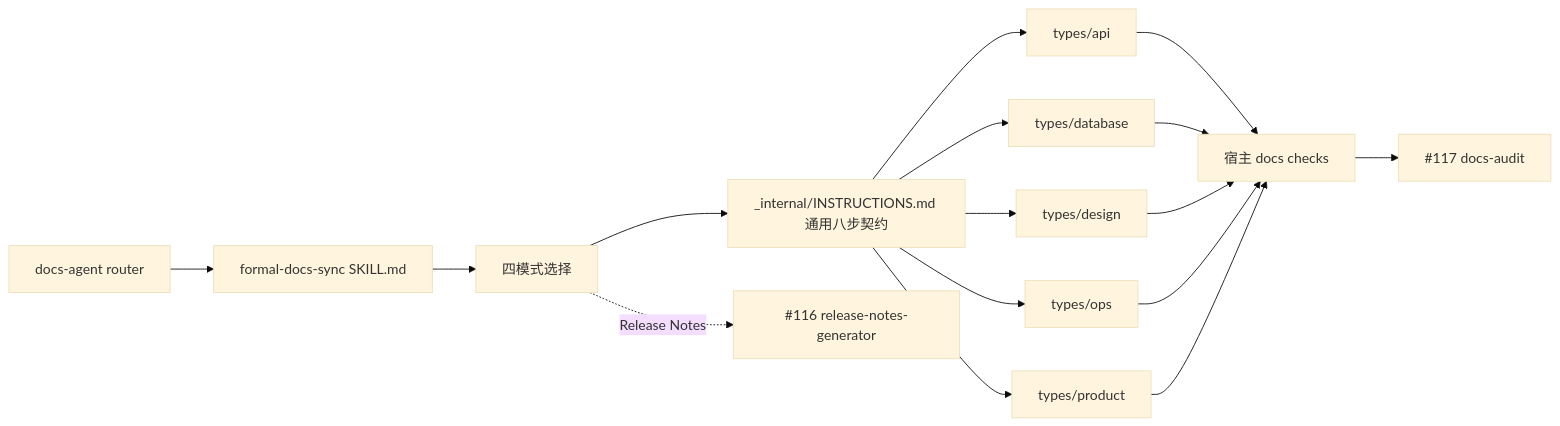
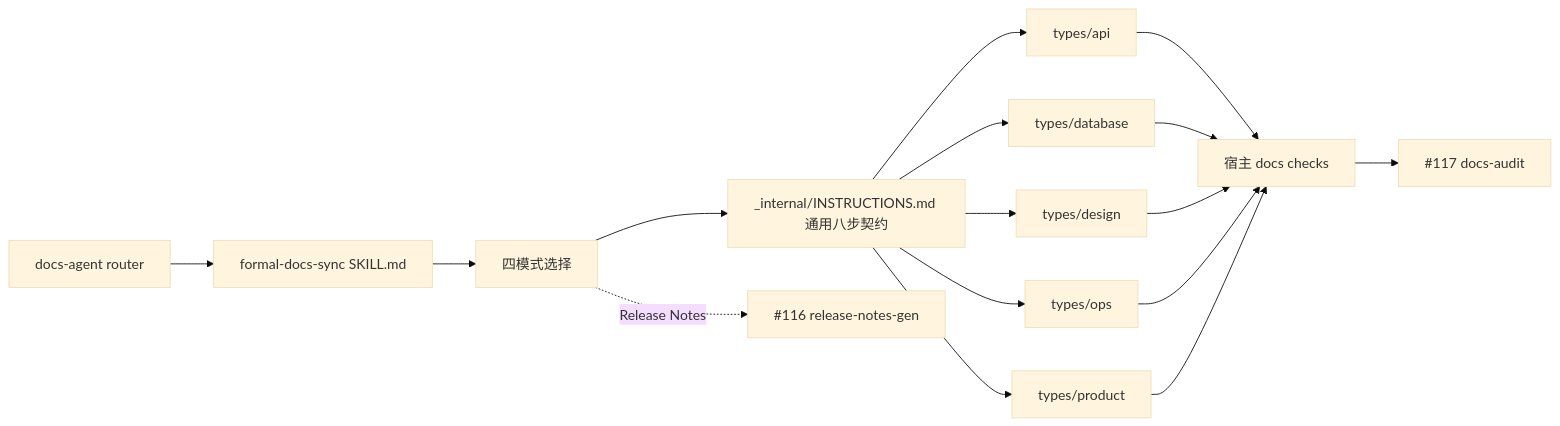
One commit to Neplich/dev-agent-skills changed the diagram in docs/engineer/agents/docs-agent/formal-docs-sync/TRD.md. Above: the diagram before and after it, drawn with Mermaid (base theme). The commit also changed other lines of this file and 434 other files, not shown here.

````diff
--- a/docs/engineer/agents/docs-agent/formal-docs-sync/TRD.md
+++ b/docs/engineer/agents/docs-agent/formal-docs-sync/TRD.md
@@ -39,18 +39,18 @@
 ```mermaid
 flowchart LR
     Router["docs-agent router"] --> Gate["formal-docs-sync SKILL.md"]
     Gate --> Mode["四模式选择"]
     Mode --> Common["_internal/INSTRUCTIONS.md 通用八步契约"]
     Common --> API["types/api"]
     Common --> DB["types/database"]
     Common --> Design["types/design"]
     Common --> Ops["types/ops"]
     Common --> Product["types/product"]
     API --> Checks["宿主 docs checks"]
     DB --> Checks
     Design --> Checks
     Ops --> Checks
     Product --> Checks
     Checks --> Audit["#117 docs-audit"]
-    Mode -. "Release Notes" .-> RN["#116 release-notes-generator"]
+    Mode -. "Release Notes" .-> RN["#116 release-notes-gen"]
 ```
````
